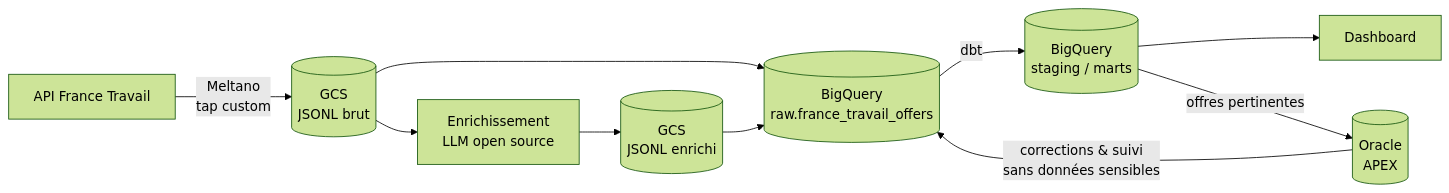
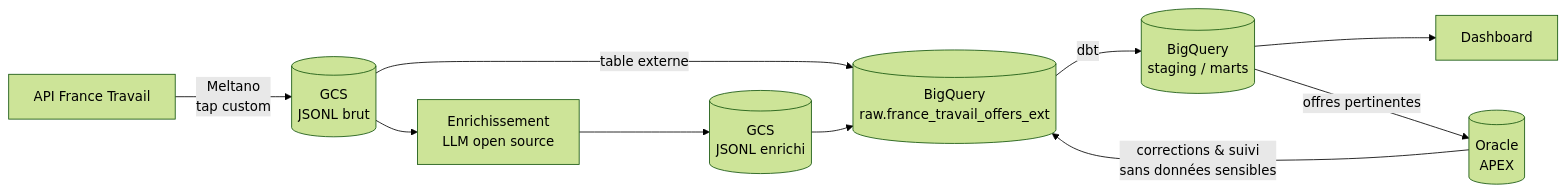
Before and after one commit to NFleurentin/jobboard: the diagram in README.md, drawn with Mermaid (forest theme). The commit also changed other lines of this file and 15 other files, not shown here.

````diff
--- a/README.md
+++ b/README.md
@@ -28,12 +28,12 @@
 ```mermaid
 flowchart LR
     API[API France Travail] -->|Meltano<br/>tap custom| RAW[(GCS<br/>JSONL brut)]
     RAW --> LLM[Enrichissement<br/>LLM open source]
     LLM --> ENR[(GCS<br/>JSONL enrichi)]
-    RAW --> BQ[(BigQuery<br/>raw.france_travail_offers)]
+    RAW -->|table externe| BQ[(BigQuery<br/>raw.france_travail_offers_ext)]
     ENR --> BQ
     BQ -->|dbt| MARTS[(BigQuery<br/>staging / marts)]
     MARTS --> DASH[Dashboard]
     MARTS -->|offres pertinentes| ORA[(Oracle<br/>APEX)]
     ORA -->|corrections & suivi<br/>sans données sensibles| BQ
 ```
````
